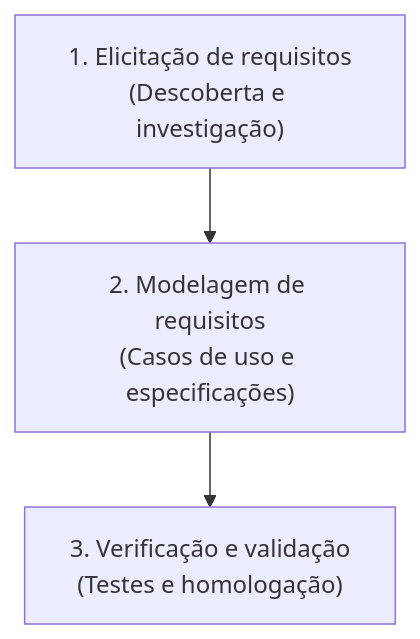
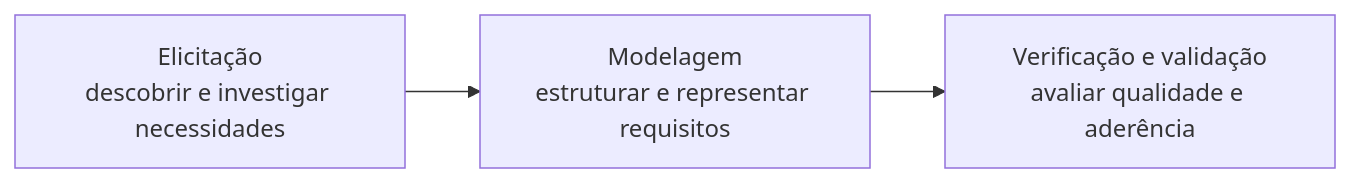
Before and after one commit to leorruas/puc: the diagram in 07. Engenharia de Requisitos/06. Técnicas de elicitação de requisitos.md, drawn with Mermaid. The commit also changed other lines of this file, not shown here.

Commit message:
Reorganiza técnicas de elicitação de requisitos

````diff
--- a/07. Engenharia de Requisitos/06. Técnicas de elicitação de requisitos.md
+++ b/07. Engenharia de Requisitos/06. Técnicas de elicitação de requisitos.md
@@ -55,5 +55,9 @@
 ```mermaid
-flowchart TD
-    Node1["1. Elicitação de requisitos<br>(Descoberta e investigação)"] --> Node2["2. Modelagem de requisitos<br>(Casos de uso e especificações)"]
-    Node2 --> Node3["3. Verificação e validação<br>(Testes e homologação)"]
+flowchart LR
+    Elicitacao["Elicitação<br>descobrir e investigar necessidades"]:::core
+    Modelagem["Modelagem<br>estruturar e representar requisitos"]:::component
+    Validacao["Verificação e validação<br>avaliar qualidade e aderência"]:::data
+
+    Elicitacao --> Modelagem
+    Modelagem --> Validacao
 ```
````
